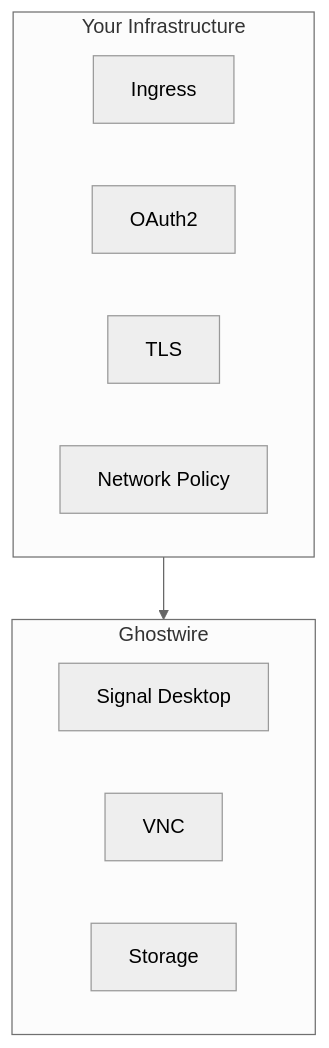
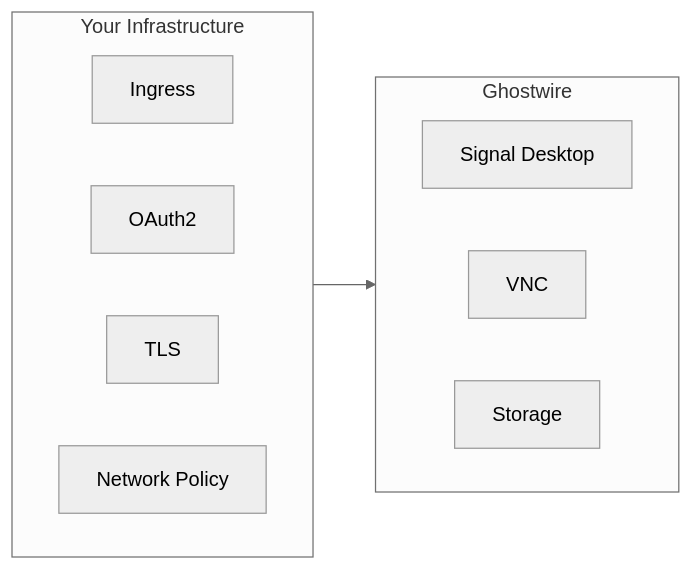
One commit to drengskapur/ghostwire changed the diagram in README.md. Above: the diagram before and after it, drawn with Mermaid (neutral theme). The commit also changed 1 other file, not shown here.

Commit message:
fix(security): skip scanner config files in Trivy scan
- Add skip-files parameter to exclude .gitleaks.toml and .trufflehog.yaml
- These files contain the revoked token in allowlist comments

docs: change architecture diagram to horizontal layout

- Change graph from TB (top-bottom) to LR (left-right)
- Add direction LR to subgraphs for horizontal item arrangement

````diff
--- a/README.md
+++ b/README.md
@@ -70,17 +70,19 @@
 ```mermaid
-graph TB
+graph LR
     subgraph Infrastructure ["Your Infrastructure"]
+        direction LR
         I1[Ingress]
         I2[OAuth2]
         I3[TLS]
         I4[Network Policy]
     end
 
     subgraph Ghostwire ["Ghostwire"]
+        direction LR
         G1[Signal Desktop]
         G2[VNC]
         G3[Storage]
     end
 
     Infrastructure --> Ghostwire
 ```
````
